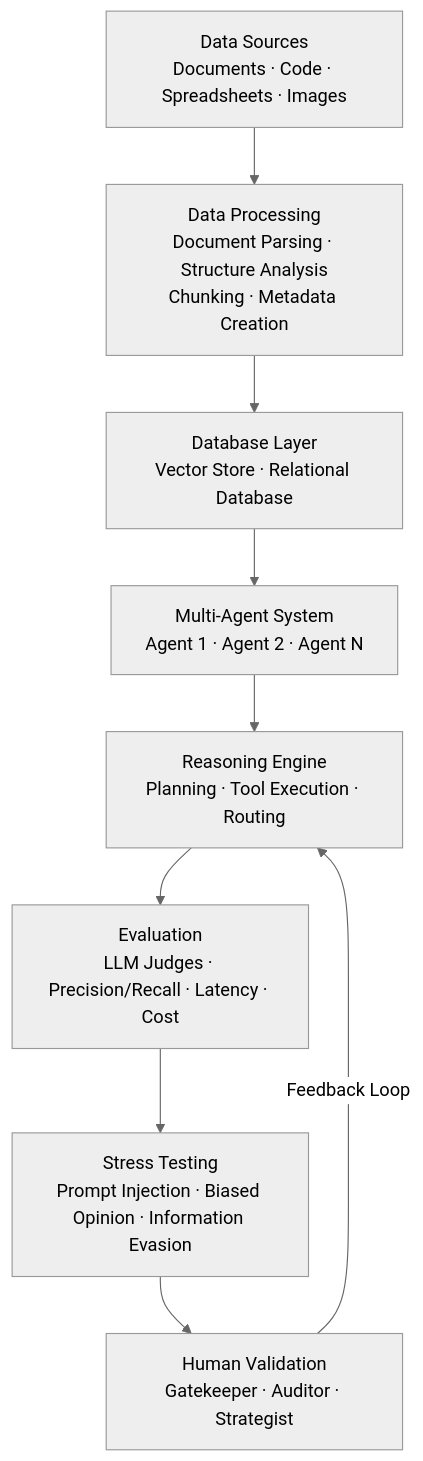
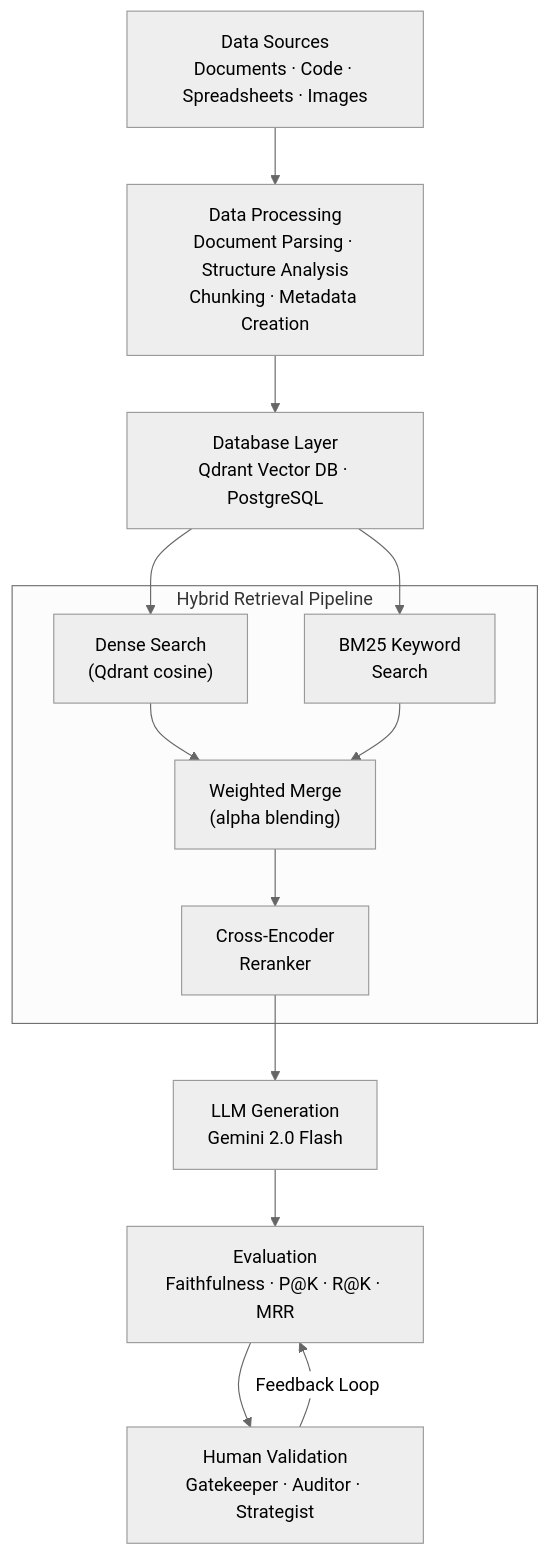
Before and after one commit to satyms/RAG-system: the diagram in README.md, drawn with Mermaid (neutral theme). The commit also changed other lines of this file and 26 other files, not shown here.

Commit message:
testing/evaluation

````diff
--- a/README.md
+++ b/README.md
@@ -25,20 +25,29 @@
 ```mermaid
 flowchart TD
     DS["Data Sources\nDocuments · Code · Spreadsheets · Images"]
     DP["Data Processing\nDocument Parsing · Structure Analysis\nChunking · Metadata Creation"]
-    DB["Database Layer\nVector Store · Relational Database"]
-    MAS["Multi-Agent System\nAgent 1 · Agent 2 · Agent N"]
-    RE["Reasoning Engine\nPlanning · Tool Execution · Routing"]
-    EVAL["Evaluation\nLLM Judges · Precision/Recall · Latency · Cost"]
-    ST["Stress Testing\nPrompt Injection · Biased Opinion · Information Evasion"]
+    DB["Database Layer\nQdrant Vector DB · PostgreSQL"]
+    
+    subgraph Retrieval["Hybrid Retrieval Pipeline"]
+        DENSE["Dense Search\n(Qdrant cosine)"]
+        BM25["BM25 Keyword\nSearch"]
+        MERGE["Weighted Merge\n(alpha blending)"]
+        RERANK["Cross-Encoder\nReranker"]
+    end
+    
+    LLM["LLM Generation\nGemini 2.0 Flash"]
+    EVAL["Evaluation\nFaithfulness · P@K · R@K · MRR"]
     HV["Human Validation\nGatekeeper · Auditor · Strategist"]
 
     DS --> DP
     DP --> DB
-    DB --> MAS
-    MAS --> RE
-    RE --> EVAL
-    EVAL --> ST
-    ST --> HV
-    HV -->|Feedback Loop| RE
+    DB --> DENSE
+    DB --> BM25
+    DENSE --> MERGE
+    BM25 --> MERGE
+    MERGE --> RERANK
+    RERANK --> LLM
+    LLM --> EVAL
+    EVAL --> HV
+    HV -->|Feedback Loop| EVAL
 ```
````
